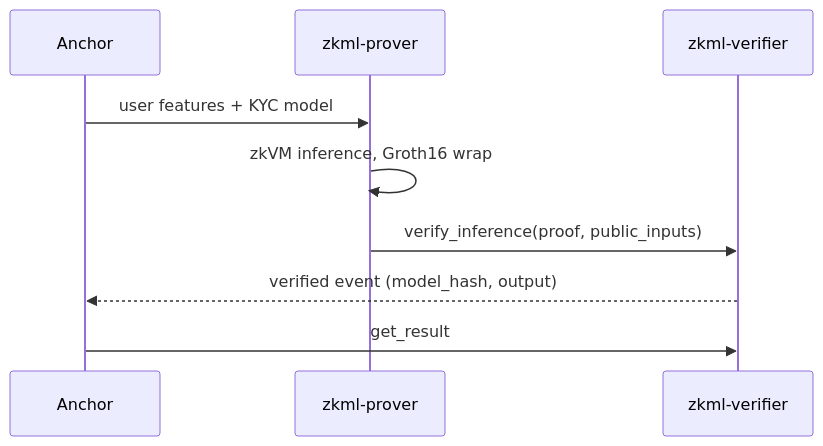
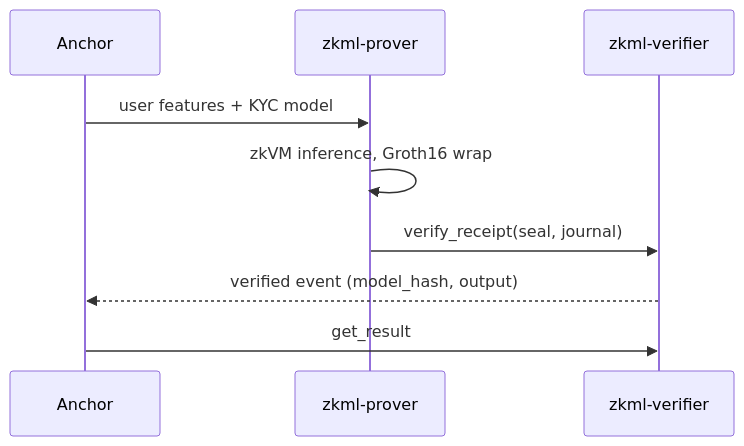
One commit to ZKML-Soroban/ZKML-Soroban changed the diagram in docs/guides/kyc-demo.md. Above: the diagram before and after it, drawn with Mermaid. The commit also changed other lines of this file and 13 other files, not shown here.

````diff
--- a/docs/guides/kyc-demo.md
+++ b/docs/guides/kyc-demo.md
@@ -71,11 +86,11 @@
 ```mermaid
 sequenceDiagram
     participant Anchor
     participant Prover as zkml-prover
     participant Contract as zkml-verifier
     Anchor->>Prover: user features + KYC model
     Prover->>Prover: zkVM inference, Groth16 wrap
-    Prover->>Contract: verify_inference(proof, public_inputs)
+    Prover->>Contract: verify_receipt(seal, journal)
     Contract-->>Anchor: verified event (model_hash, output)
     Anchor->>Contract: get_result
 ```
````
